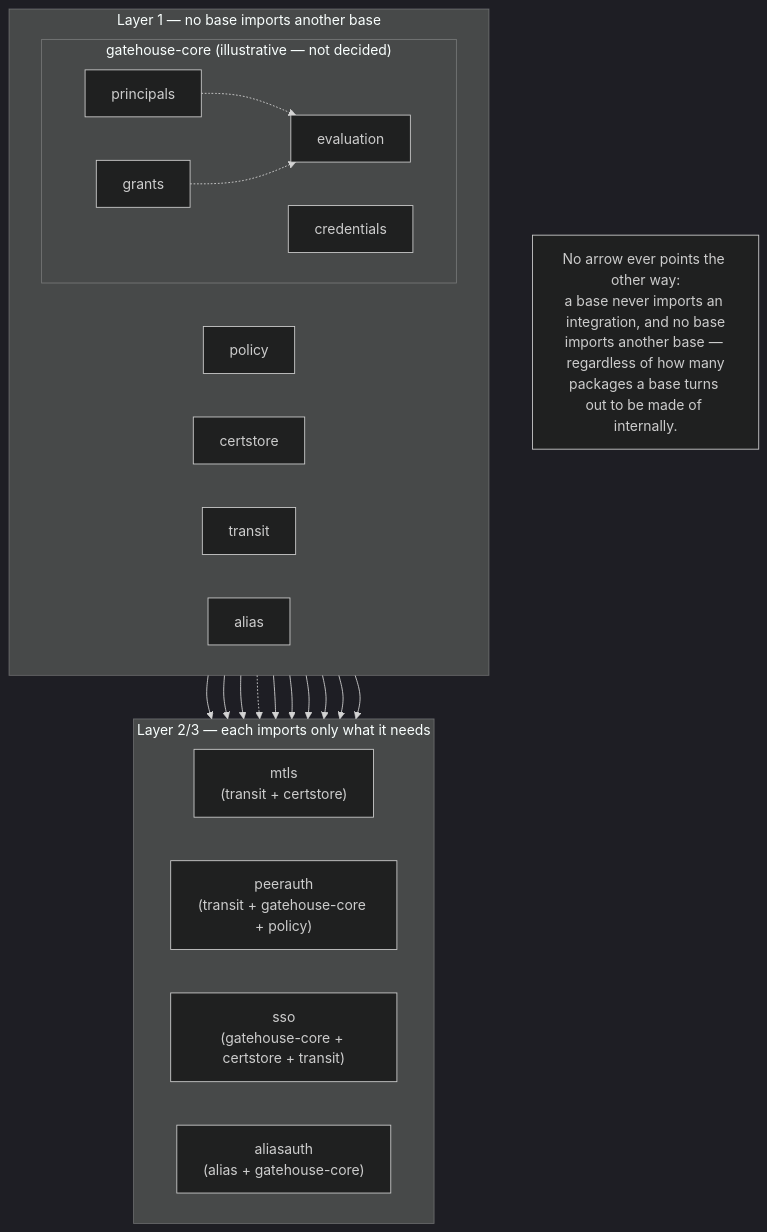
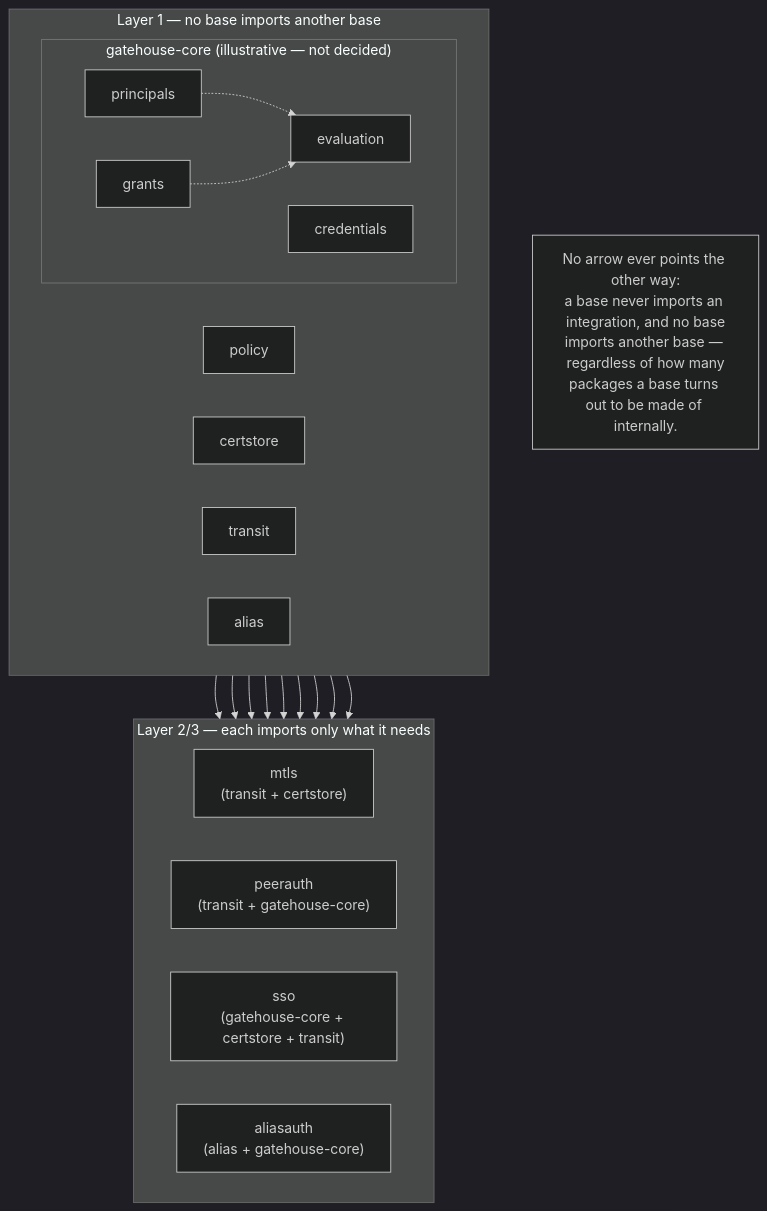
Before and after one commit to croge130/archipelago: the second of 2 diagrams in docs/architecture/02-package-boundaries.md, drawn with Mermaid (dark theme). The commit also changed other lines of this file and 4 other files, not shown here.

````diff
--- a/docs/architecture/02-package-boundaries.md
+++ b/docs/architecture/02-package-boundaries.md
@@ -183,42 +191,41 @@
 ```mermaid
 flowchart TB
     subgraph GHCore["gatehouse-core (illustrative — not decided)"]
         direction LR
         GHP["principals"]
         GHC["credentials"]
         GHGR["grants"]
         GHE["evaluation"]
     end
     GHP -.-> GHE
     GHGR -.-> GHE
 
     subgraph Base["Layer 1 — no base imports another base"]
         direction LR
         GHCore
         POL["policy"]
         CS["certstore"]
         TR["transit"]
         ALIAS["alias"]
     end
 
     subgraph Integrations["Layer 2/3 — each imports only what it needs"]
         direction LR
         MTLS["mtls<br/>(transit + certstore)"]
-        PEERAUTH["peerauth<br/>(transit + gatehouse-core + policy)"]
+        PEERAUTH["peerauth<br/>(transit + gatehouse-core)"]
         SSO["sso<br/>(gatehouse-core + certstore + transit)"]
         ALIASAUTH["aliasauth<br/>(alias + gatehouse-core)"]
     end
 
     TR --> MTLS
     CS --> MTLS
     TR --> PEERAUTH
     GHCore --> PEERAUTH
-    POL -.-> PEERAUTH
     GHCore --> SSO
     CS --> SSO
     TR --> SSO
     ALIAS --> ALIASAUTH
     GHCore --> ALIASAUTH
 
     Note["No arrow ever points the other way:<br/>a base never imports an integration, and no base<br/>imports another base — regardless of how many<br/>packages a base turns out to be made of internally."]
 ```
````
